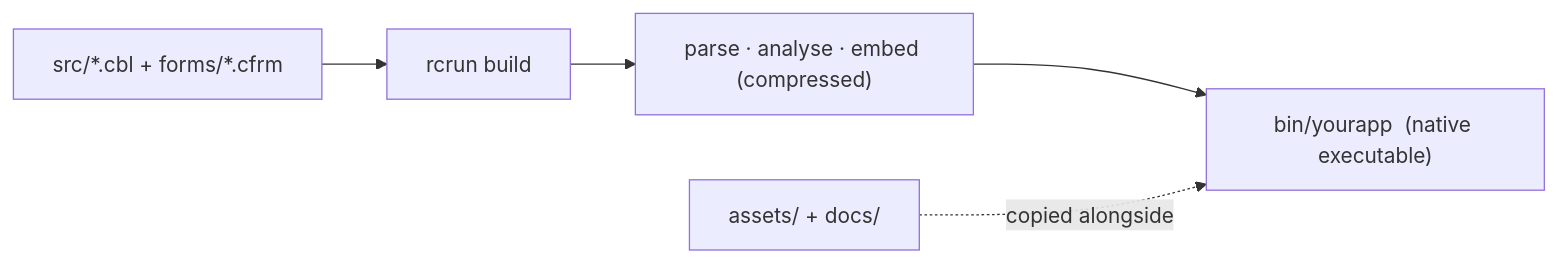
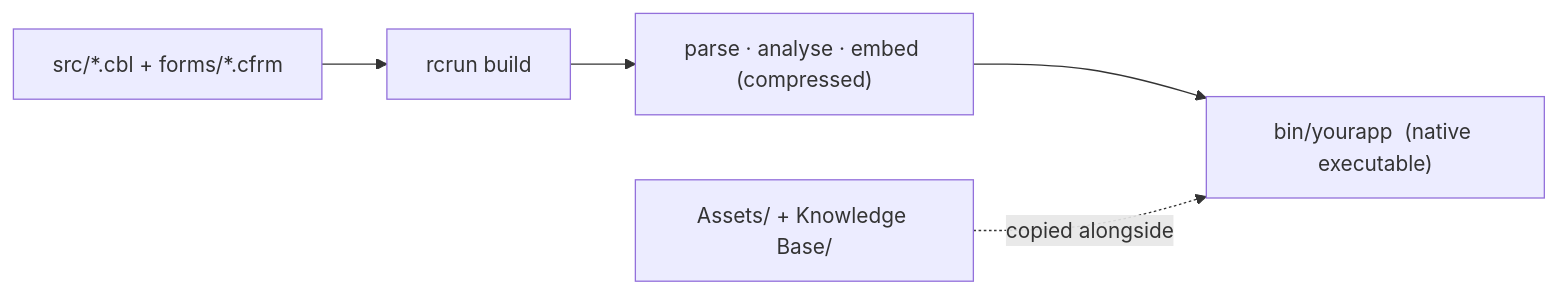
Before and after one commit to CloudLandBeta/PowerRustCOBOL: the eighth of 8 diagrams in docs/developers-guide-en.md, drawn with Mermaid. The commit also changed other lines of this file and 59 other files, not shown here.

First line of the commit message:
Grace knowledge base, indexed-file agents, chat actions (1.30.10–1.30.54)

````diff
--- a/docs/developers-guide-en.md
+++ b/docs/developers-guide-en.md
@@ -1882,7 +2054,7 @@
 ```mermaid
 flowchart LR
     SRC["src/*.cbl + forms/*.cfrm"] --> COMPILE["rcrun build"]
     COMPILE --> EMBED["parse · analyse · embed (compressed)"]
     EMBED --> EXE["bin/yourapp  (native executable)"]
-    ASSETS["assets/ + docs/"] -. "copied alongside" .-> EXE
+    ASSETS["Assets/ + Knowledge Base/"] -. "copied alongside" .-> EXE
 ```
````
